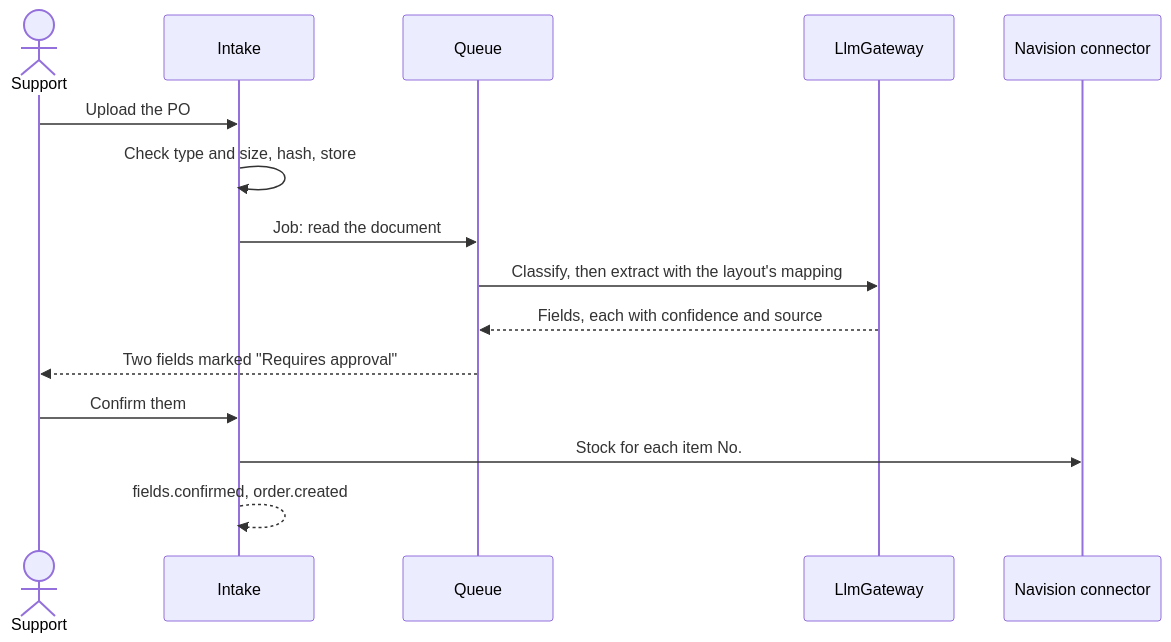
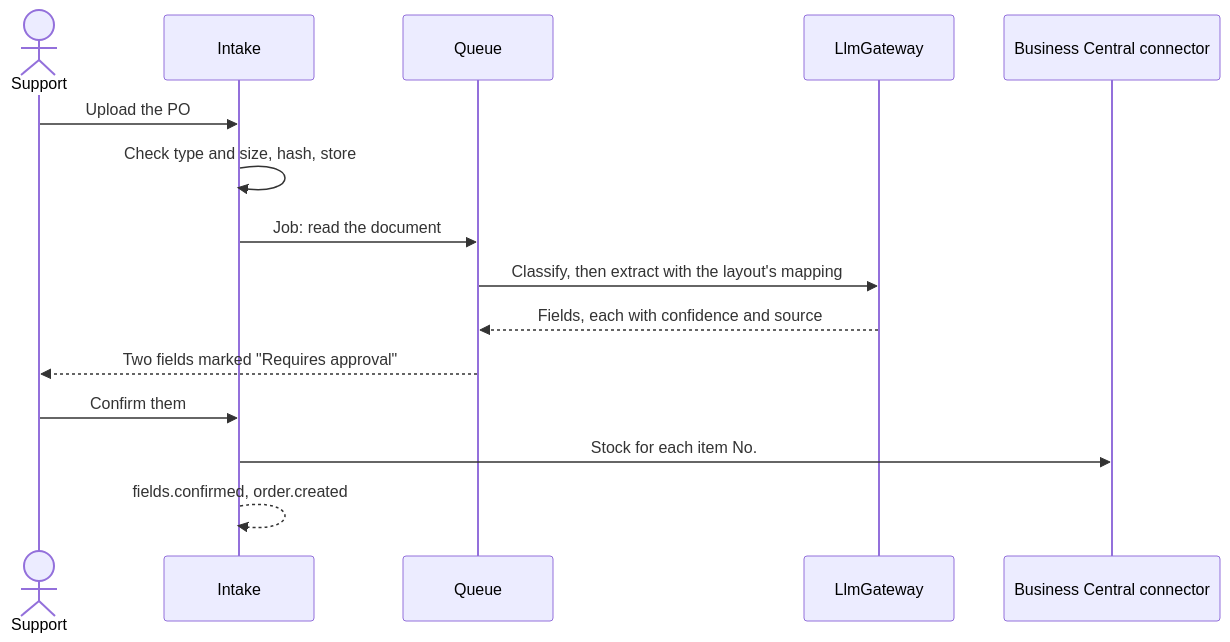
The diagram in docs/team/area-1-document-ai-and-integration.md (xiu2809xiu-rgb/orderpilot), drawn with Mermaid before and after one commit. The commit also changed other lines of this file and 20 other files, not shown here.

First line of the commit message:
docs: say business central in the docs and the guides we own

````diff
--- a/docs/team/area-1-document-ai-and-integration.md
+++ b/docs/team/area-1-document-ai-and-integration.md
@@ -44,17 +44,17 @@
 ```mermaid
 sequenceDiagram
   actor S as Support
   participant I as Intake
   participant Q as Queue
   participant G as LlmGateway
-  participant N as Navision connector
+  participant N as Business Central connector
   S->>I: Upload the PO
   I->>I: Check type and size, hash, store
   I->>Q: Job: read the document
   Q->>G: Classify, then extract with the layout's mapping
   G-->>Q: Fields, each with confidence and source
   Q-->>S: Two fields marked "Requires approval"
   S->>I: Confirm them
   I->>N: Stock for each item No.
   I-->>I: fields.confirmed, order.created
 ```
````
